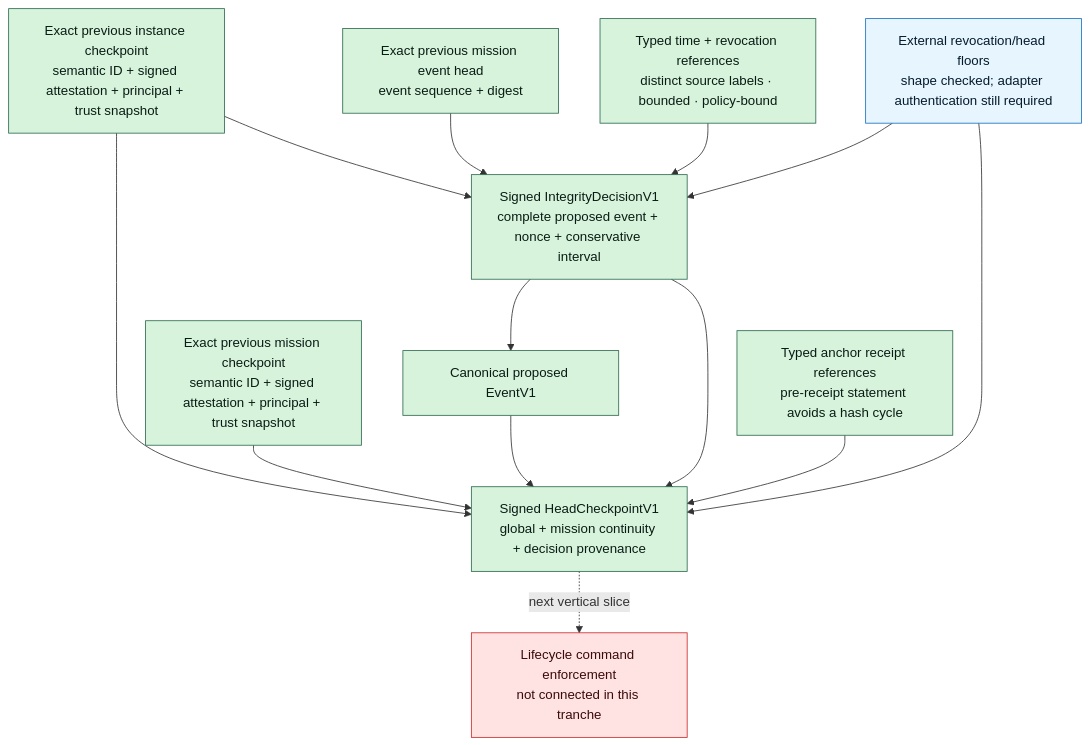
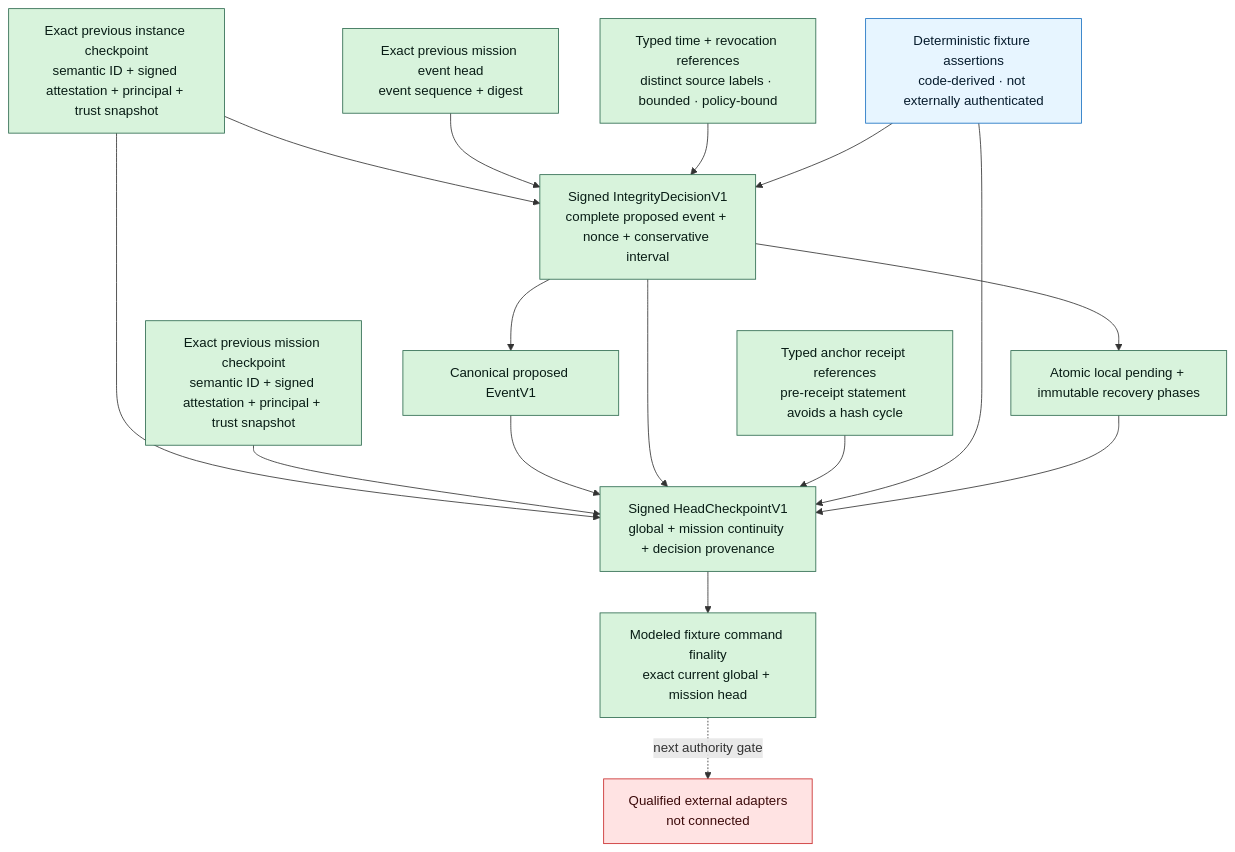
The second of 2 diagrams in README.md (manfromnowhere143/etzio), drawn with Mermaid before and after one commit. The commit also changed other lines of this file and 22 other files, not shown here.

Commit message:
feat(kernel): enforce modeled integrity finality

````diff
--- a/README.md
+++ b/README.md
@@ -177,32 +199,36 @@
 ```mermaid
 flowchart TB
     PG["Exact previous instance checkpoint<br/>semantic ID + signed attestation + principal + trust snapshot"]
     PE["Exact previous mission event head<br/>event sequence + digest"]
     PM["Exact previous mission checkpoint<br/>semantic ID + signed attestation + principal + trust snapshot"]
     TR["Typed time + revocation references<br/>distinct source labels · bounded · policy-bound"]
     D["Signed IntegrityDecisionV1<br/>complete proposed event + nonce + conservative interval"]
     E["Canonical proposed EventV1"]
     H["Signed HeadCheckpointV1<br/>global + mission continuity + decision provenance"]
     AR["Typed anchor receipt references<br/>pre-receipt statement avoids a hash cycle"]
-    XF["External revocation/head floors<br/>shape checked; adapter authentication still required"]
-    CMD["Lifecycle command enforcement<br/>not connected in this tranche"]
+    XF["Deterministic fixture assertions<br/>code-derived · not externally authenticated"]
+    P["Atomic local pending + immutable recovery phases"]
+    CMD["Modeled fixture command finality<br/>exact current global + mission head"]
+    EXT["Qualified external adapters<br/>not connected"]
 
     PG --> D
     PG --> H
     PE --> D
     PM --> H
     TR --> D
     D --> E --> H
     D --> H
     AR --> H
     XF --> D
     XF --> H
-    H -. "next vertical slice" .-> CMD
+    D --> P --> H --> CMD
+    CMD -. "next authority gate" .-> EXT
 
     classDef retained fill:#d8f3dc,stroke:#2d6a4f,color:#081c15;
     classDef boundary fill:#e7f5ff,stroke:#1971c2,color:#061b2c;
     classDef blocked fill:#ffe3e3,stroke:#c92a2a,color:#3b0a0a;
     class PG,PE,PM,TR,D,E,H,AR retained;
     class XF boundary;
-    class CMD blocked;
+    class P,CMD retained;
+    class EXT blocked;
 ```
````
